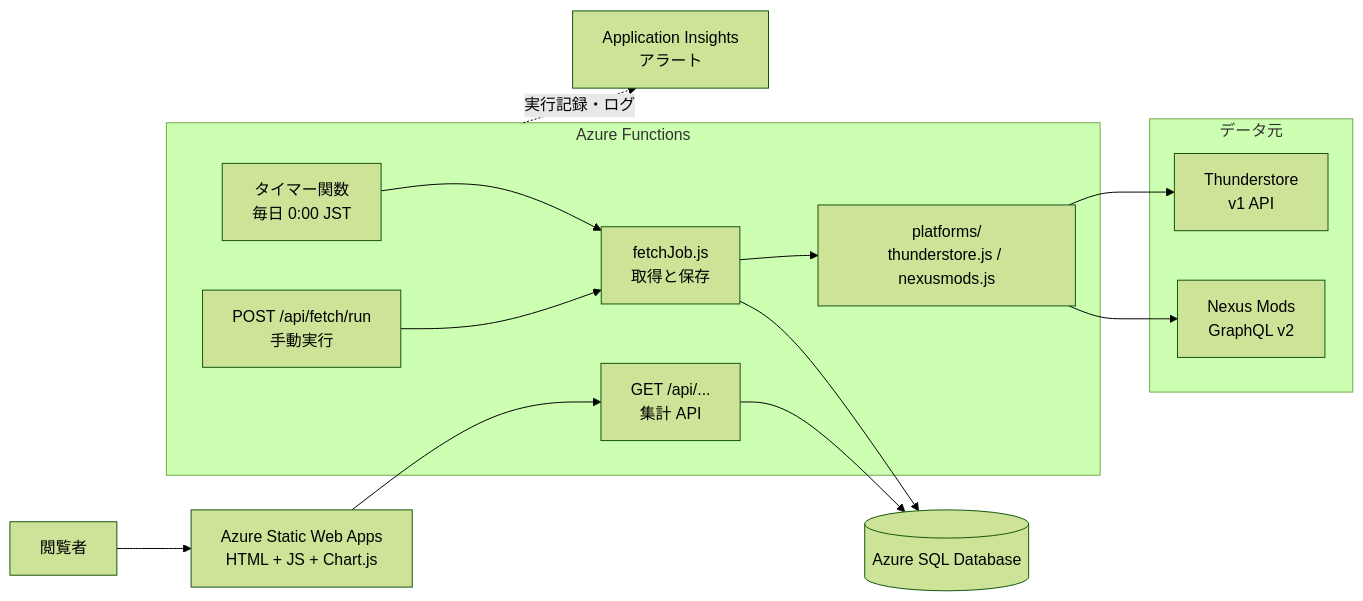
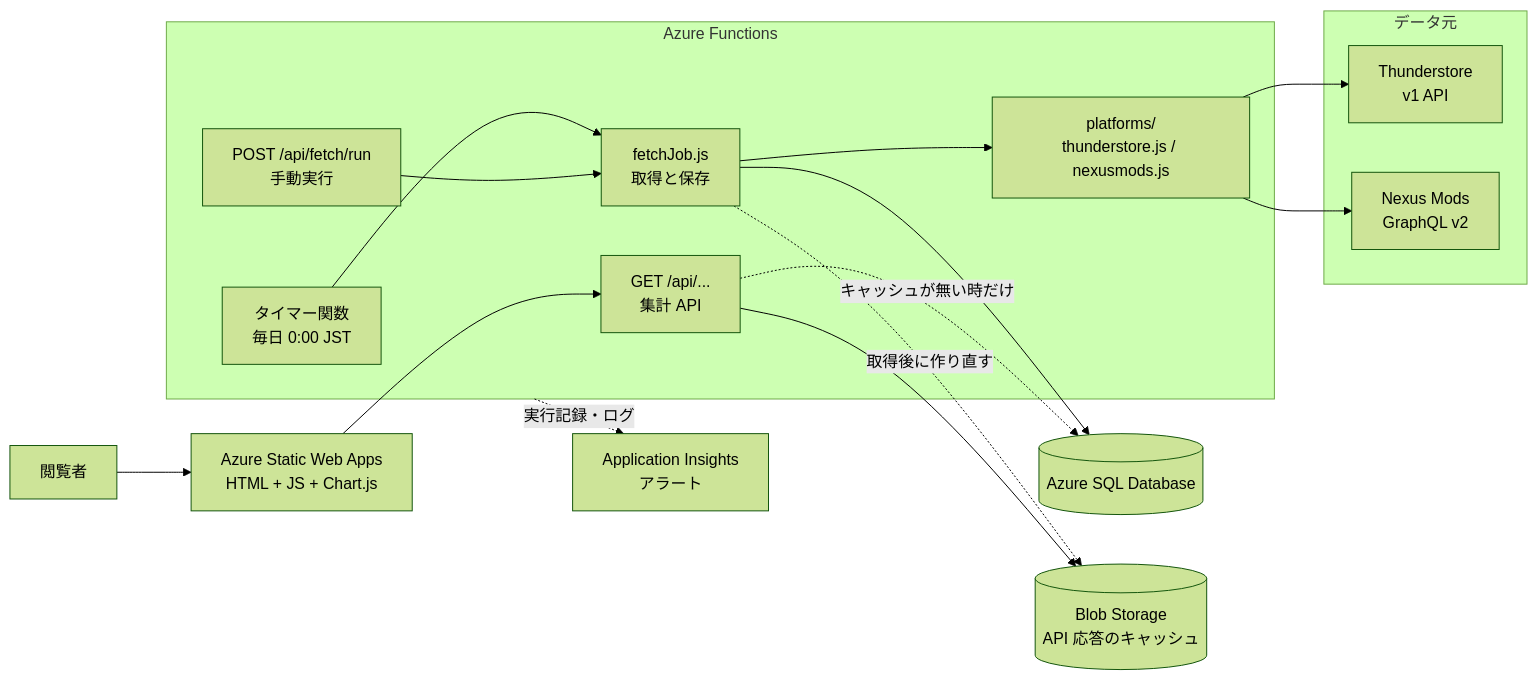
Before and after one commit to ryuka-dev/Mod-Insight: the diagram in README.md, drawn with Mermaid (forest theme). The commit also changed other lines of this file, not shown here.

Commit message:
README に Blob キャッシュによる読み取りの流れと設定を追記

````diff
--- a/README.md
+++ b/README.md
@@ -113,31 +113,34 @@
 ```mermaid
 flowchart LR
   subgraph Sources[データ元]
     TS[Thunderstore<br/>v1 API]
     NX[Nexus Mods<br/>GraphQL v2]
   end
 
   subgraph Func[Azure Functions]
     Timer[タイマー関数<br/>毎日 0:00 JST]
     Run[POST /api/fetch/run<br/>手動実行]
     Job[fetchJob.js<br/>取得と保存]
     Adapters[platforms/<br/>thunderstore.js / nexusmods.js]
     Api[GET /api/...<br/>集計 API]
   end
 
   DB[(Azure SQL Database)]
+  Blob[(Blob Storage<br/>API 応答のキャッシュ)]
   Web[Azure Static Web Apps<br/>HTML + JS + Chart.js]
   AI[Application Insights<br/>アラート]
   User[閲覧者]
 
   Timer --> Job
   Run --> Job
   Job --> Adapters
   Adapters --> TS
   Adapters --> NX
   Job --> DB
-  Api --> DB
+  Job -.取得後に作り直す.-> Blob
+  Api --> Blob
+  Api -.キャッシュが無い時だけ.-> DB
   User --> Web
   Web --> Api
   Func -.実行記録・ログ.-> AI
 ```
````
